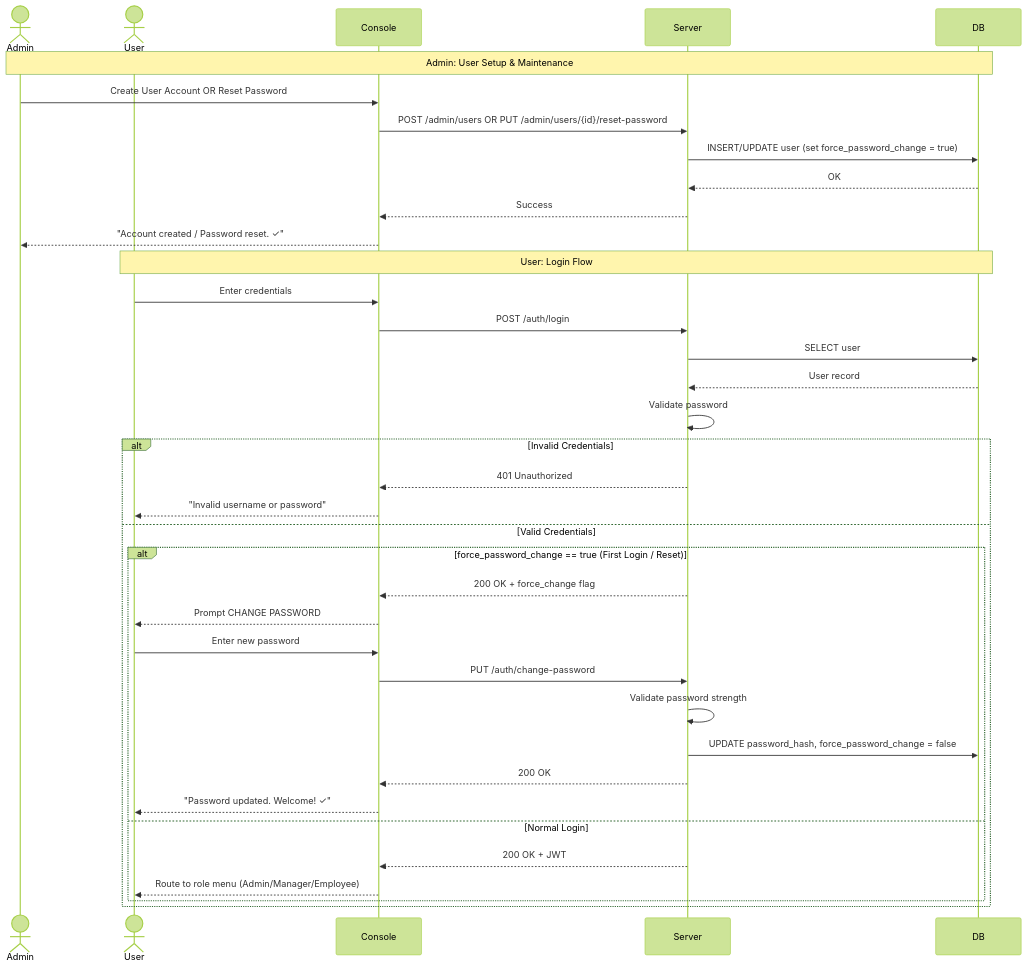
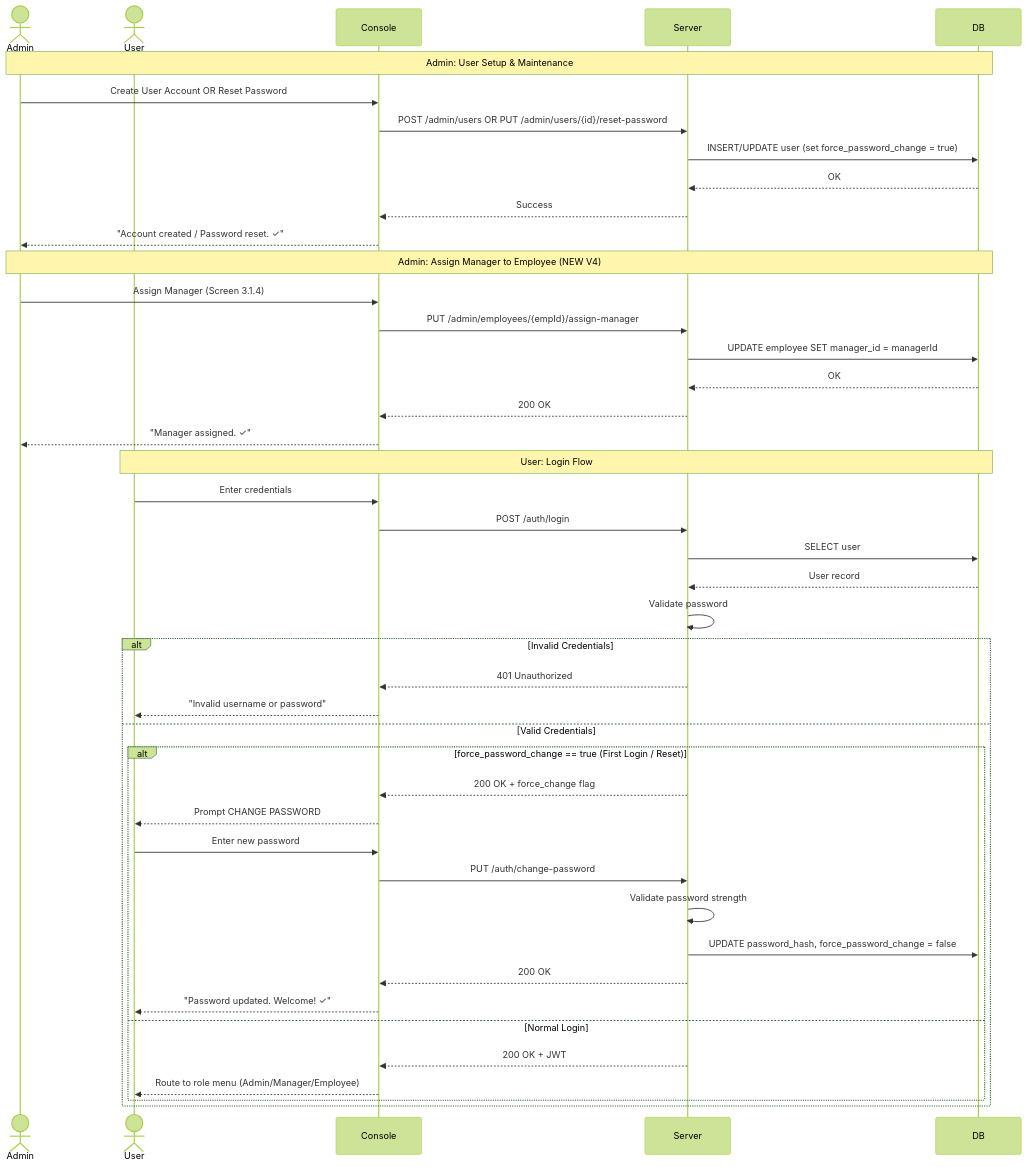
Before and after one commit to RiyaAmetaITT/Project-Resource-Management-tool: the first of 5 diagrams in UML Design/sequence_diagrams.md, drawn with Mermaid (forest theme). The commit also changed other lines of this file and 4 other files, not shown here.

Commit message:
Updated the design diagrams

````diff
--- a/UML Design/sequence_diagrams.md
+++ b/UML Design/sequence_diagrams.md
@@ -10,42 +10,50 @@
 ```mermaid
 sequenceDiagram
     actor Admin
     actor User
     participant Console
     participant Server
     participant DB
 
     Note over Admin,DB: Admin: User Setup & Maintenance
     Admin->>Console: Create User Account OR Reset Password
     Console->>Server: POST /admin/users OR PUT /admin/users/{id}/reset-password
     Server->>DB: INSERT/UPDATE user (set force_password_change = true)
     DB-->>Server: OK
     Server-->>Console: Success
     Console-->>Admin: "Account created / Password reset. ✓"
+
+    Note over Admin,DB: Admin: Assign Manager to Employee (NEW V4)
+    Admin->>Console: Assign Manager (Screen 3.1.4)
+    Console->>Server: PUT /admin/employees/{empId}/assign-manager
+    Server->>DB: UPDATE employee SET manager_id = managerId
+    DB-->>Server: OK
+    Server-->>Console: 200 OK
+    Console-->>Admin: "Manager assigned. ✓"
 
     Note over User,DB: User: Login Flow
     User->>Console: Enter credentials
     Console->>Server: POST /auth/login
     Server->>DB: SELECT user
     DB-->>Server: User record
     Server->>Server: Validate password
     
     alt Invalid Credentials
         Server-->>Console: 401 Unauthorized
         Console-->>User: "Invalid username or password"
     else Valid Credentials
         alt force_password_change == true (First Login / Reset)
             Server-->>Console: 200 OK + force_change flag
             Console-->>User: Prompt CHANGE PASSWORD
             User->>Console: Enter new password
             Console->>Server: PUT /auth/change-password
             Server->>Server: Validate password strength
             Server->>DB: UPDATE password_hash, force_password_change = false
             Server-->>Console: 200 OK
             Console-->>User: "Password updated. Welcome! ✓"
         else Normal Login
             Server-->>Console: 200 OK + JWT
             Console-->>User: Route to role menu (Admin/Manager/Employee)
         end
     end
 ```
````
